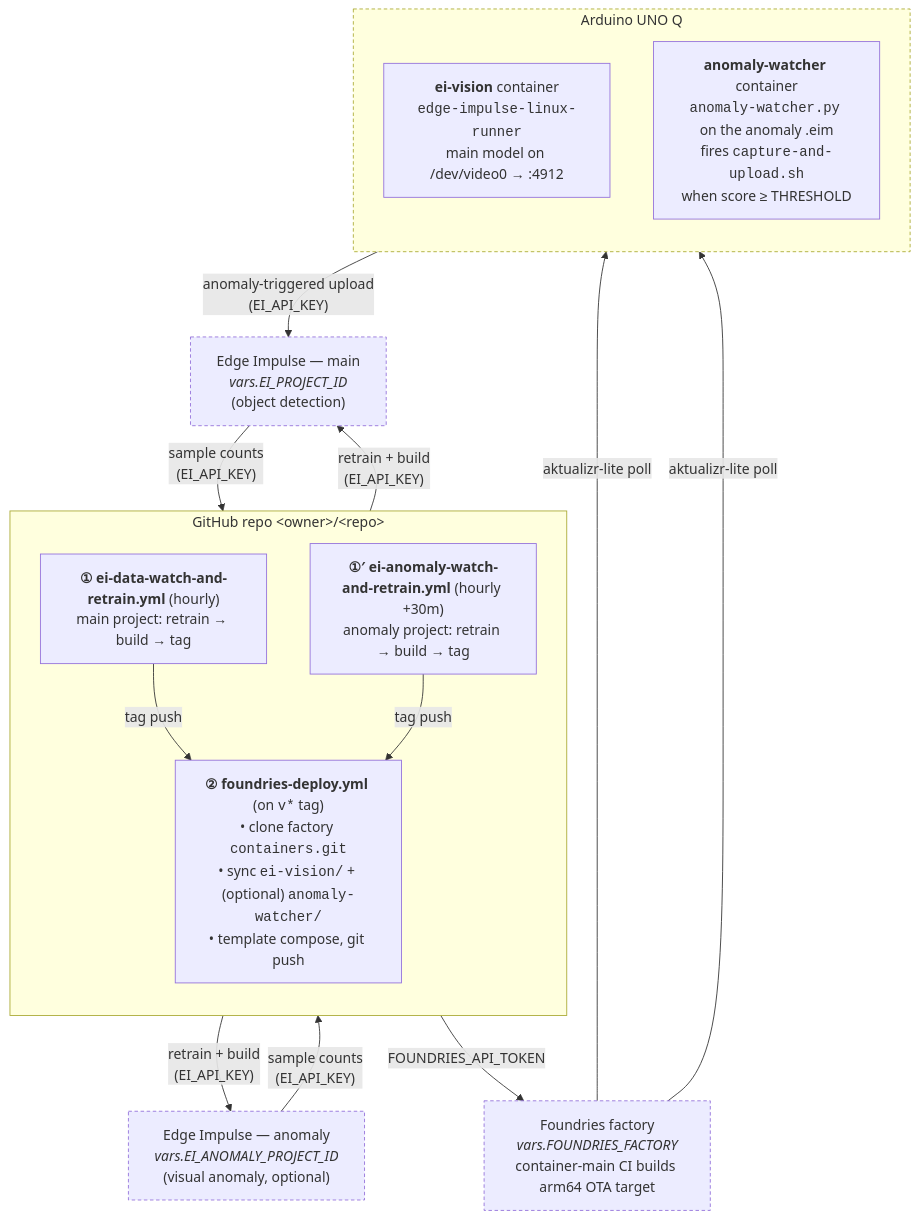
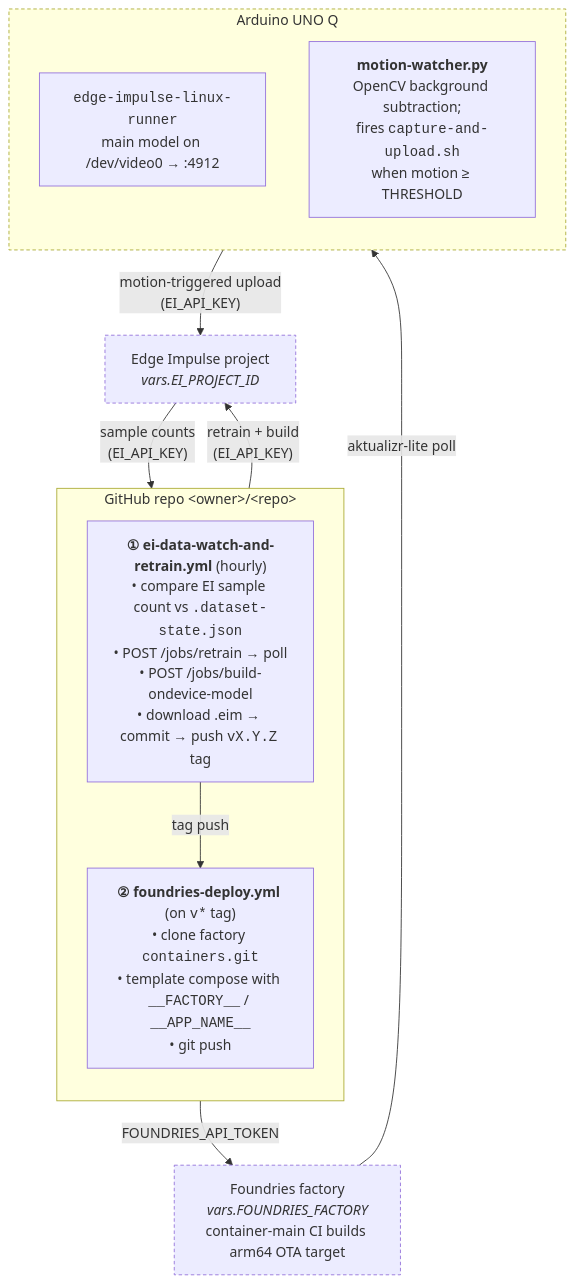
One commit to yennster/ei-vision-uno-q-foundries changed the diagram in README.md. Above: the diagram before and after it, drawn with Mermaid. The commit also changed other lines of this file and 12 other files, not shown here.

First line of the commit message:
refactor: replace EI-anomaly trigger with OpenCV motion detection

````diff
--- a/README.md
+++ b/README.md
@@ -11,34 +11,28 @@
 ```mermaid
 flowchart TB
-    EI["Edge Impulse — main<br/><i>vars.EI_PROJECT_ID</i><br/>(object detection)"]
-    EIA["Edge Impulse — anomaly<br/><i>vars.EI_ANOMALY_PROJECT_ID</i><br/>(visual anomaly, optional)"]
+    EI["Edge Impulse project<br/><i>vars.EI_PROJECT_ID</i>"]
 
     subgraph GH["GitHub repo &lt;owner&gt;/&lt;repo&gt;"]
         direction TB
-        WF1["<b>① ei-data-watch-and-retrain.yml</b> (hourly)<br/>main project: retrain → build → tag"]
-        WF1A["<b>①′ ei-anomaly-watch-and-retrain.yml</b> (hourly +30m)<br/>anomaly project: retrain → build → tag"]
-        WF2["<b>② foundries-deploy.yml</b> (on <code>v*</code> tag)<br/>• clone factory <code>containers.git</code><br/>• sync <code>ei-vision/</code> + (optional) <code>anomaly-watcher/</code><br/>• template compose, git push"]
-        WF1  -- "tag push" --> WF2
-        WF1A -- "tag push" --> WF2
+        WF1["<b>① ei-data-watch-and-retrain.yml</b> (hourly)<br/>• compare EI sample count vs <code>.dataset-state.json</code><br/>• POST /jobs/retrain → poll<br/>• POST /jobs/build-ondevice-model<br/>• download .eim → commit → push <code>vX.Y.Z</code> tag"]
+        WF2["<b>② foundries-deploy.yml</b> (on <code>v*</code> tag)<br/>• clone factory <code>containers.git</code><br/>• template compose with <code>__FACTORY__</code> / <code>__APP_NAME__</code><br/>• git push"]
+        WF1 -- "tag push" --> WF2
     end
 
     Factory["Foundries factory<br/><i>vars.FOUNDRIES_FACTORY</i><br/>container-main CI builds arm64 OTA target"]
 
     subgraph Device["Arduino UNO Q"]
         direction TB
-        Runner["<b>ei-vision</b> container<br/><code>edge-impulse-linux-runner</code><br/>main model on /dev/video0 → :4912"]
-        Watcher["<b>anomaly-watcher</b> container<br/><code>anomaly-watcher.py</code> on the anomaly .eim<br/>fires <code>capture-and-upload.sh</code><br/>when score ≥ THRESHOLD"]
+        Runner["<code>edge-impulse-linux-runner</code><br/>main model on /dev/video0 → :4912"]
+        Watcher["<b>motion-watcher.py</b><br/>OpenCV background subtraction;<br/>fires <code>capture-and-upload.sh</code><br/>when motion ≥ THRESHOLD"]
     end
 
-    EI  -- "sample counts<br/>(EI_API_KEY)" --> WF1
-    EIA -- "sample counts<br/>(EI_API_KEY)" --> WF1A
-    WF1  -- "retrain + build<br/>(EI_API_KEY)" --> EI
-    WF1A -- "retrain + build<br/>(EI_API_KEY)" --> EIA
+    EI -- "sample counts<br/>(EI_API_KEY)" --> WF1
+    WF1 -- "retrain + build<br/>(EI_API_KEY)" --> EI
     WF2 -- "FOUNDRIES_API_TOKEN" --> Factory
     Factory -- "aktualizr-lite poll" --> Runner
-    Factory -- "aktualizr-lite poll" --> Watcher
-    Watcher -- "anomaly-triggered upload<br/>(EI_API_KEY)" --> EI
+    Watcher -- "motion-triggered upload<br/>(EI_API_KEY)" --> EI
 
     classDef secret stroke-dasharray: 4 3;
-    class EI,EIA,Factory,Device secret;
+    class EI,Factory,Device secret;
 ```
````
